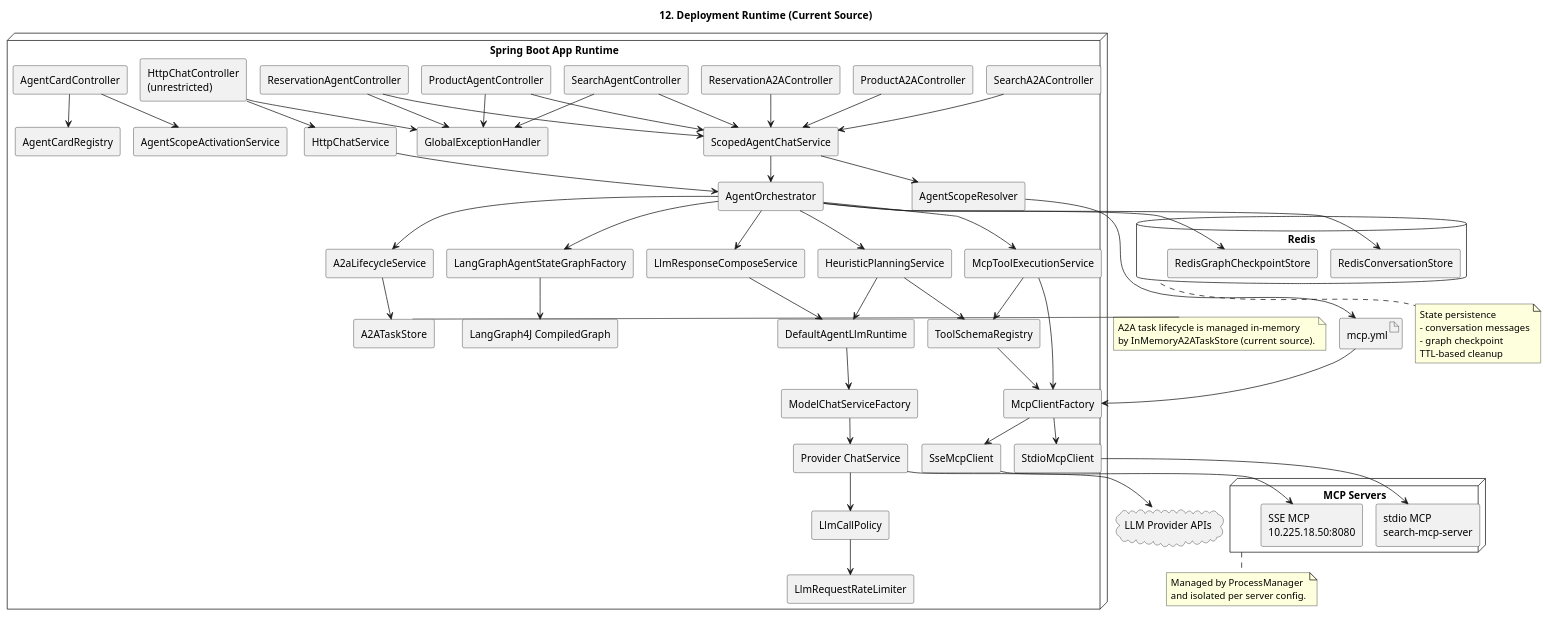
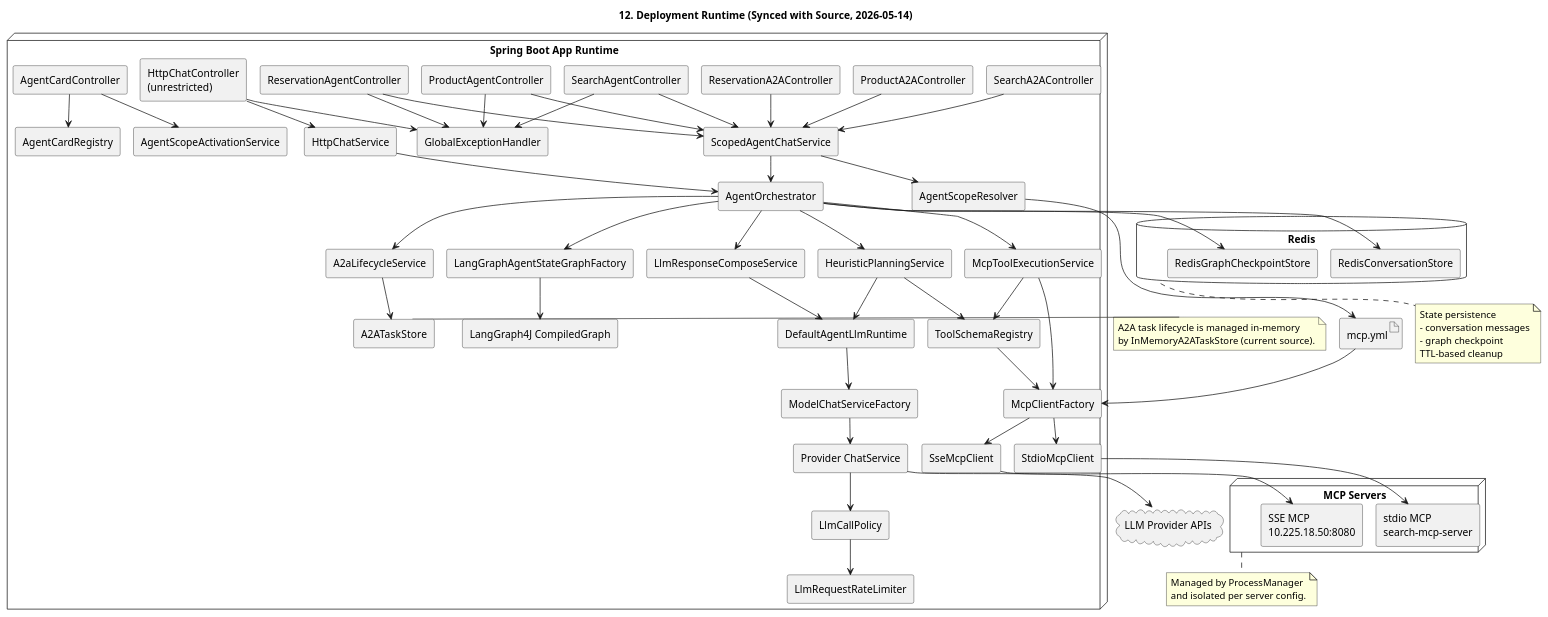
Before and after one commit to kim57uak/spring-ai: the diagram in documents/mcp-orchestrator-architecture/12-deployment-runtime.puml, drawn with PlantUML. The commit also changed 139 other files, not shown here.

```diff
--- a/documents/mcp-orchestrator-architecture/12-deployment-runtime.puml
+++ b/documents/mcp-orchestrator-architecture/12-deployment-runtime.puml
@@ -1,116 +1,116 @@
 @startuml
 !pragma layout smetana
-title 12. Deployment Runtime (Current Source)
+title 12. Deployment Runtime (Synced with Source, 2026-05-14)
 
 skinparam shadowing false
 skinparam componentStyle rectangle
 
 node "Spring Boot App Runtime" {
   [HttpChatController\n(unrestricted)] as HttpController
   [ProductAgentController] as ProductController
   [ReservationAgentController] as ReservationController
   [SearchAgentController] as SearchController
   [ProductA2AController] as ProductA2AController
   [ReservationA2AController] as ReservationA2AController
   [SearchA2AController] as SearchA2AController
   [AgentCardController] as AgentCardController
   [GlobalExceptionHandler] as Advice
   [HttpChatService] as HttpChatService
   [ScopedAgentChatService] as ScopedChatService
   [AgentScopeResolver] as ScopeResolver
   [AgentScopeActivationService] as ScopeActivationService
   [AgentOrchestrator] as Orchestrator
   [LangGraphAgentStateGraphFactory] as GraphFactory
   [LangGraph4J CompiledGraph] as CompiledGraph
   [HeuristicPlanningService] as PlanningService
   [McpToolExecutionService] as ToolExecutionService
   [LlmResponseComposeService] as ComposeService
   [DefaultAgentLlmRuntime] as LlmRuntime
   [ModelChatServiceFactory] as ChatFactory
   [Provider ChatService] as ProviderChatService
   [McpClientFactory] as McpClientFactory
   [ToolSchemaRegistry] as ToolSchemaRegistry
   [SseMcpClient] as SseMcpClient
   [StdioMcpClient] as StdioMcpClient
   [LlmCallPolicy] as LlmPolicy
   [LlmRequestRateLimiter] as LlmRateLimiter
   [A2aLifecycleService] as A2aLifecycleService
   [A2ATaskStore] as A2ATaskStore
   [AgentCardRegistry] as AgentCardRegistry
 }
 
 database "Redis" as Redis {
   [RedisConversationStore] as ConversationStore
   [RedisGraphCheckpointStore] as CheckpointStore
 }
 
 cloud "LLM Provider APIs" as Providers
 
 node "MCP Servers" as McpServers {
   [SSE MCP\n10.225.18.50:8080] as SseMcp
   [stdio MCP\nsearch-mcp-server] as StdioMcp
 }
 
 artifact "mcp.yml" as McpYml
 
 HttpController --> HttpChatService
 ProductController --> ScopedChatService
 ReservationController --> ScopedChatService
 SearchController --> ScopedChatService
 ProductA2AController --> ScopedChatService
 ReservationA2AController --> ScopedChatService
 SearchA2AController --> ScopedChatService
 AgentCardController --> ScopeActivationService
 AgentCardController --> AgentCardRegistry
 HttpController --> Advice
 ProductController --> Advice
 ReservationController --> Advice
 SearchController --> Advice
 ScopedChatService --> ScopeResolver
 ScopeResolver --> McpYml
 HttpChatService --> Orchestrator
 ScopedChatService --> Orchestrator
 Orchestrator --> GraphFactory
 GraphFactory --> CompiledGraph
 Orchestrator --> PlanningService
 Orchestrator --> ToolExecutionService
 Orchestrator --> ComposeService
 Orchestrator --> ConversationStore
 Orchestrator --> CheckpointStore
 Orchestrator --> A2aLifecycleService
 A2aLifecycleService --> A2ATaskStore
 PlanningService --> LlmRuntime
 ComposeService --> LlmRuntime
 LlmRuntime --> ChatFactory
 ChatFactory --> ProviderChatService
 ProviderChatService --> LlmPolicy
 LlmPolicy --> LlmRateLimiter
 ProviderChatService --> Providers
 ToolExecutionService --> McpClientFactory
 PlanningService --> ToolSchemaRegistry
 ToolExecutionService --> ToolSchemaRegistry
 ToolSchemaRegistry --> McpClientFactory
 McpYml --> McpClientFactory
 McpClientFactory --> SseMcpClient
 McpClientFactory --> StdioMcpClient
 SseMcpClient --> SseMcp
 StdioMcpClient --> StdioMcp
 
 note bottom of Redis
 State persistence
 - conversation messages
 - graph checkpoint
 TTL-based cleanup
 end note
 
 note right of A2ATaskStore
 A2A task lifecycle is managed in-memory
 by InMemoryA2ATaskStore (current source).
 end note
 
 note bottom of McpServers
 Managed by ProcessManager
 and isolated per server config.
 end note
 
 @enduml
```
